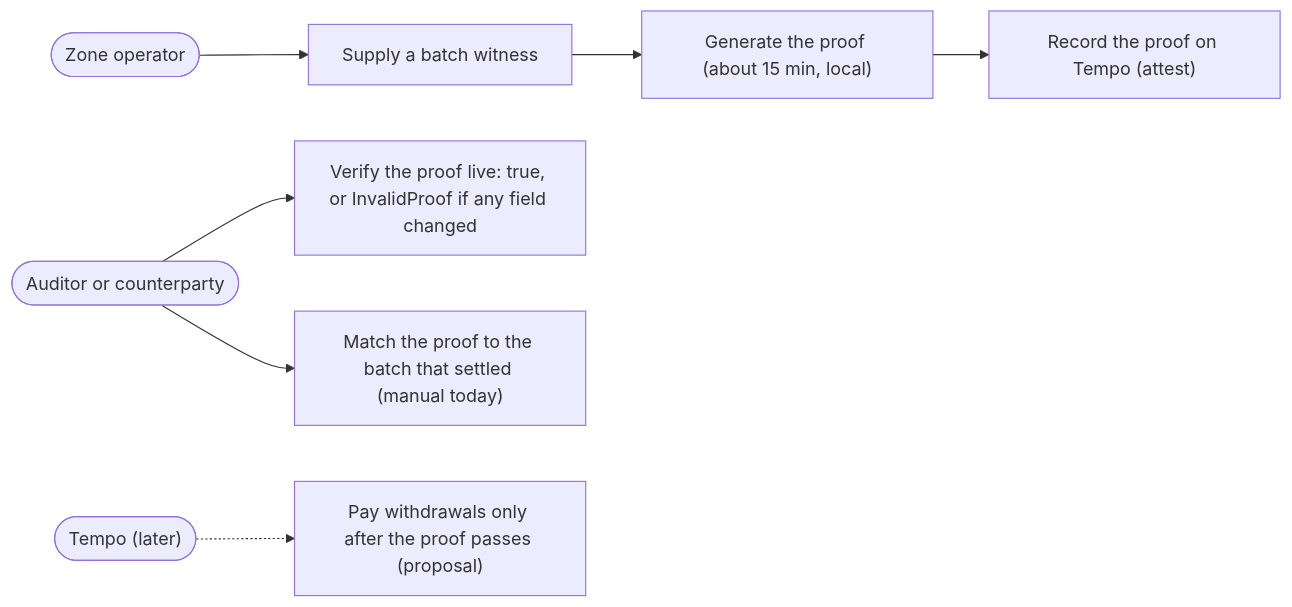
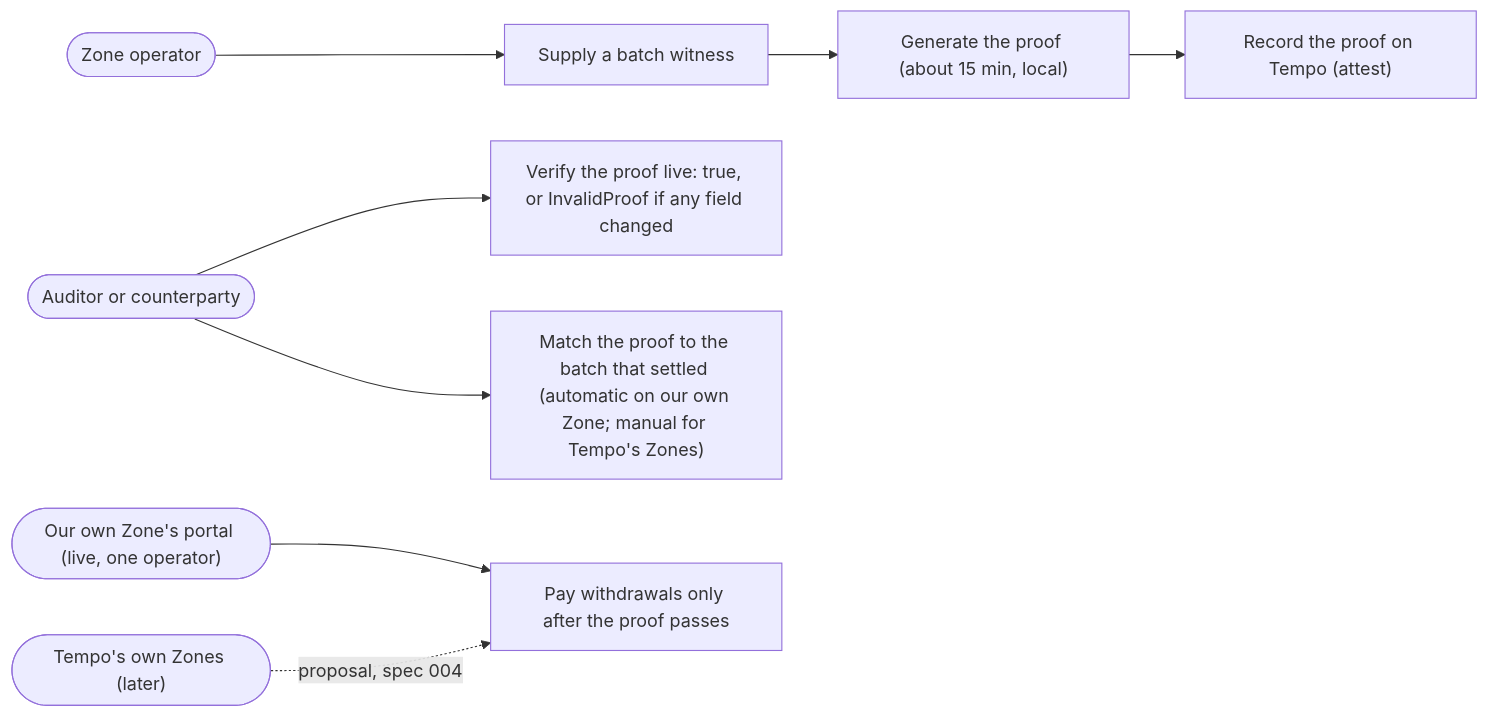
Before and after one commit to psyto/sworn: the second of 3 diagrams in README.md, drawn with Mermaid. The commit also changed other lines of this file and 3 other files, not shown here.

First line of the commit message:
Review pass: README fast path, diagrams, table, form fields, criteria map

````diff
--- a/README.md
+++ b/README.md
@@ -86,16 +89,18 @@
 ```mermaid
 flowchart LR
   O(["Zone operator"])
   A(["Auditor or counterparty"])
-  TP(["Tempo (later)"])
+  OZ(["Our own Zone's portal (live, one operator)"])
+  TP(["Tempo's own Zones (later)"])
   U1["Supply a batch witness"]
   U2["Generate the proof (about 15 min, local)"]
   U3["Record the proof on Tempo (attest)"]
   U4["Verify the proof live: true, or InvalidProof if any field changed"]
-  U5["Match the proof to the batch that settled (manual today)"]
-  U6["Pay withdrawals only after the proof passes (proposal)"]
+  U5["Match the proof to the batch that settled (automatic on our own Zone; manual for Tempo's Zones)"]
+  U6["Pay withdrawals only after the proof passes"]
   O --> U1 --> U2 --> U3
   A --> U4
   A --> U5
-  TP -.-> U6
+  OZ --> U6
+  TP -.->|"proposal, spec 004"| U6
 ```
````
